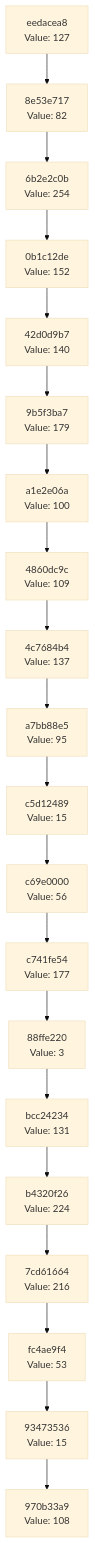
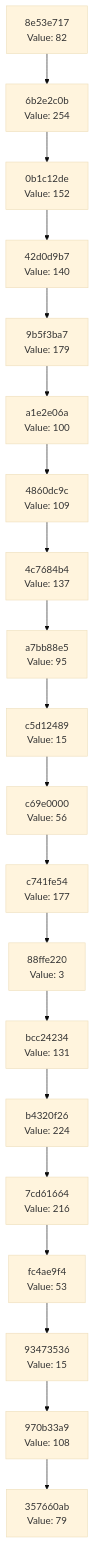
One commit to Abhisheksinha1506/hash-chain-evolver changed the diagram in docs/CHAIN_VISUALIZATION.md. Above: the diagram before and after it, drawn with Mermaid (base theme). The commit also changed 2 other files, not shown here.

Commit message:
Evolution step: hash 0x4F → action executed

````diff
--- a/docs/CHAIN_VISUALIZATION.md
+++ b/docs/CHAIN_VISUALIZATION.md
@@ -3,42 +3,42 @@
 ```mermaid
 graph TD
-    C0["970b33a9<br/>Value: 108"]
-    C1["93473536<br/>Value: 15"]
+    C0["357660ab<br/>Value: 79"]
+    C1["970b33a9<br/>Value: 108"]
     C1 --> C0
-    C2["fc4ae9f4<br/>Value: 53"]
+    C2["93473536<br/>Value: 15"]
     C2 --> C1
-    C3["7cd61664<br/>Value: 216"]
+    C3["fc4ae9f4<br/>Value: 53"]
     C3 --> C2
-    C4["b4320f26<br/>Value: 224"]
+    C4["7cd61664<br/>Value: 216"]
     C4 --> C3
-    C5["bcc24234<br/>Value: 131"]
+    C5["b4320f26<br/>Value: 224"]
     C5 --> C4
-    C6["88ffe220<br/>Value: 3"]
+    C6["bcc24234<br/>Value: 131"]
     C6 --> C5
-    C7["c741fe54<br/>Value: 177"]
+    C7["88ffe220<br/>Value: 3"]
     C7 --> C6
-    C8["c69e0000<br/>Value: 56"]
+    C8["c741fe54<br/>Value: 177"]
     C8 --> C7
-    C9["c5d12489<br/>Value: 15"]
+    C9["c69e0000<br/>Value: 56"]
     C9 --> C8
-    C10["a7bb88e5<br/>Value: 95"]
+    C10["c5d12489<br/>Value: 15"]
     C10 --> C9
-    C11["4c7684b4<br/>Value: 137"]
+    C11["a7bb88e5<br/>Value: 95"]
     C11 --> C10
-    C12["4860dc9c<br/>Value: 109"]
+    C12["4c7684b4<br/>Value: 137"]
     C12 --> C11
-    C13["a1e2e06a<br/>Value: 100"]
+    C13["4860dc9c<br/>Value: 109"]
     C13 --> C12
-    C14["9b5f3ba7<br/>Value: 179"]
+    C14["a1e2e06a<br/>Value: 100"]
     C14 --> C13
-    C15["42d0d9b7<br/>Value: 140"]
+    C15["9b5f3ba7<br/>Value: 179"]
     C15 --> C14
-    C16["0b1c12de<br/>Value: 152"]
+    C16["42d0d9b7<br/>Value: 140"]
     C16 --> C15
-    C17["6b2e2c0b<br/>Value: 254"]
+    C17["0b1c12de<br/>Value: 152"]
     C17 --> C16
-    C18["8e53e717<br/>Value: 82"]
+    C18["6b2e2c0b<br/>Value: 254"]
     C18 --> C17
-    C19["eedacea8<br/>Value: 127"]
+    C19["8e53e717<br/>Value: 82"]
     C19 --> C18
 ```
````
